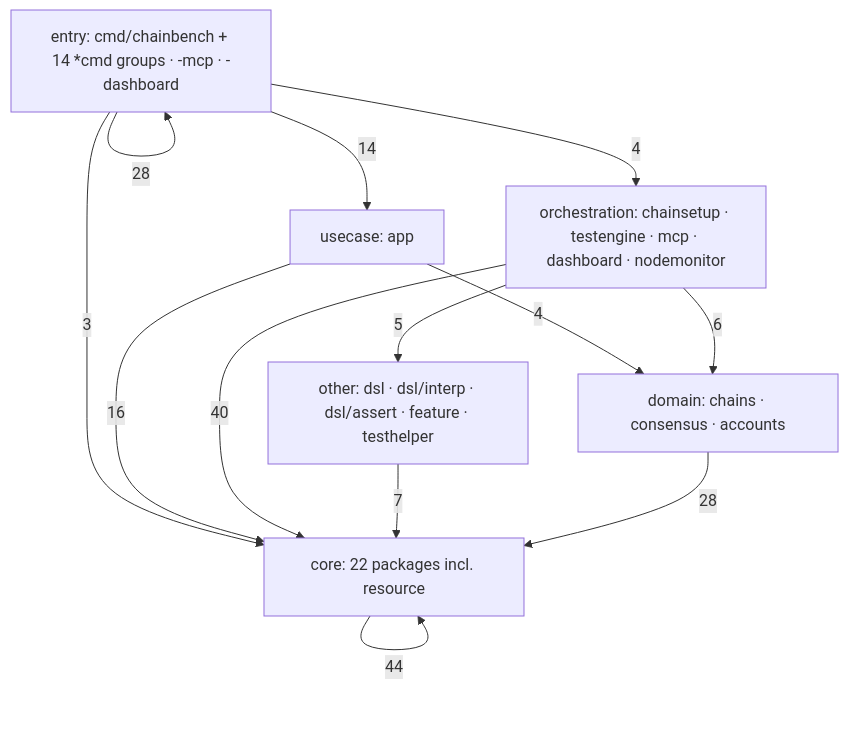
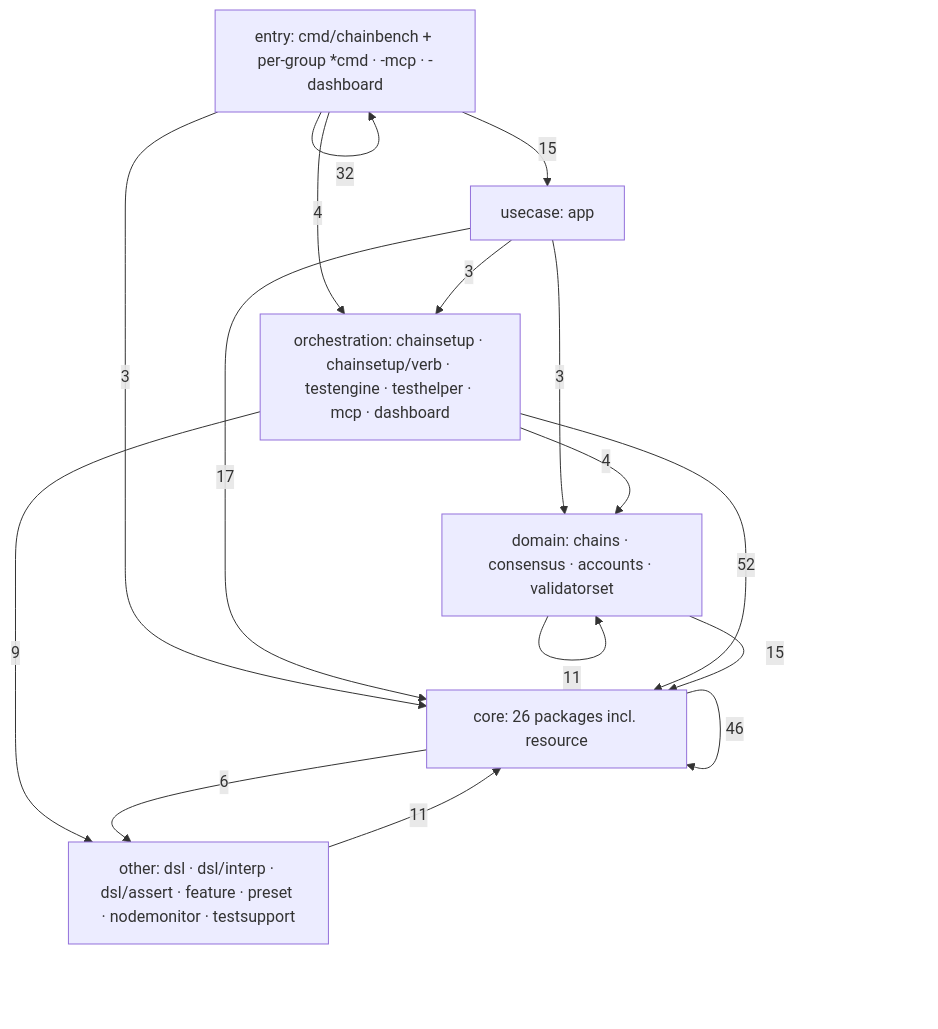
Before and after one commit to 0xmhha/chainbench: the first of 2 diagrams in docs/dev/architecture/code-graph.md, drawn with Mermaid. The commit also changed other lines of this file and 180 other files, not shown here.

````diff
--- a/docs/dev/architecture/code-graph.md
+++ b/docs/dev/architecture/code-graph.md
@@ -46,21 +51,24 @@
 ```mermaid
 flowchart TD
-    entry[entry: cmd/chainbench + 14 *cmd groups · -mcp · -dashboard]
+    entry[entry: cmd/chainbench + per-group *cmd · -mcp · -dashboard]
     usecase[usecase: app]
-    orch[orchestration: chainsetup · testengine · mcp · dashboard · nodemonitor]
-    other[other: dsl · dsl/interp · dsl/assert · feature · testhelper]
-    domain[domain: chains · consensus · accounts]
-    core[core: 22 packages incl. resource]
-    entry -->|28| entry
-    entry -->|14| usecase
+    orch[orchestration: chainsetup · chainsetup/verb · testengine · testhelper · mcp · dashboard]
+    other[other: dsl · dsl/interp · dsl/assert · feature · preset · nodemonitor · testsupport]
+    domain[domain: chains · consensus · accounts · validatorset]
+    core[core: 26 packages incl. resource]
+    entry -->|32| entry
+    entry -->|15| usecase
     entry -->|4| orch
     entry -->|3| core
-    usecase -->|16| core
-    usecase -->|4| domain
-    orch -->|40| core
-    orch -->|6| domain
-    orch -->|5| other
-    other -->|7| core
-    domain -->|28| core
-    core -->|44| core
+    usecase -->|17| core
+    usecase -->|3| domain
+    usecase -->|3| orch
+    orch -->|52| core
+    orch -->|9| other
+    orch -->|4| domain
+    other -->|11| core
+    domain -->|15| core
+    domain -->|11| domain
+    core -->|46| core
+    core -->|6| other
 ```
````
